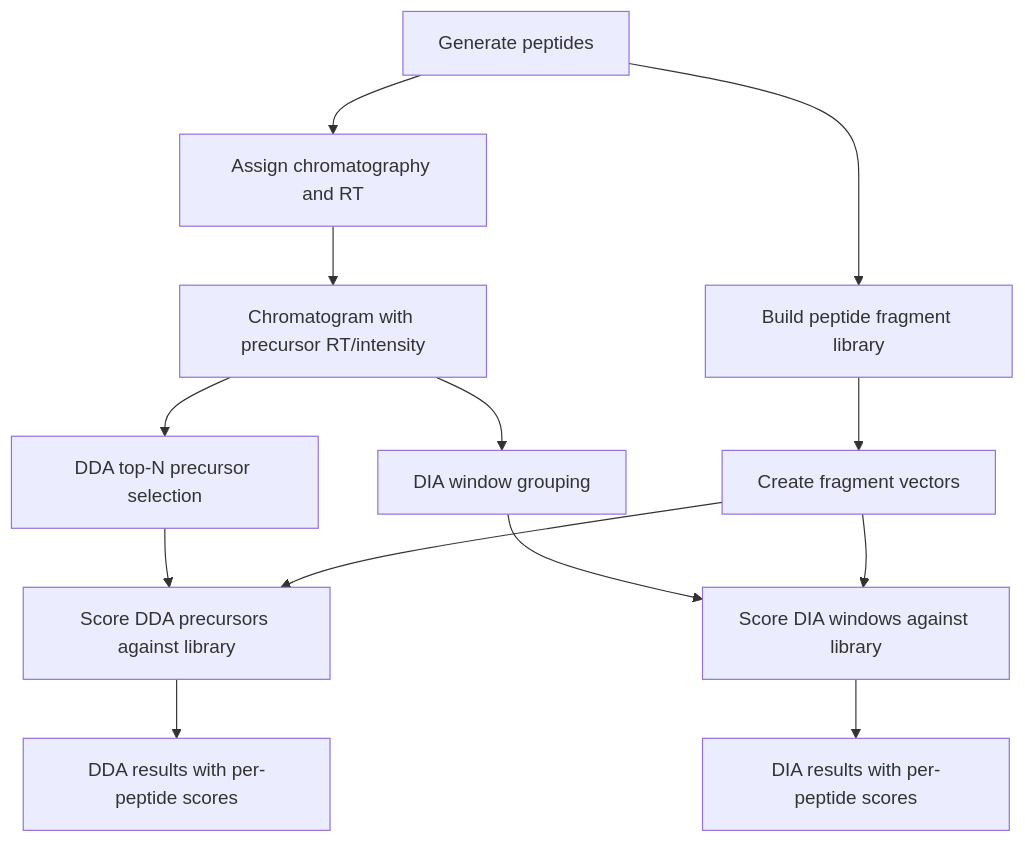
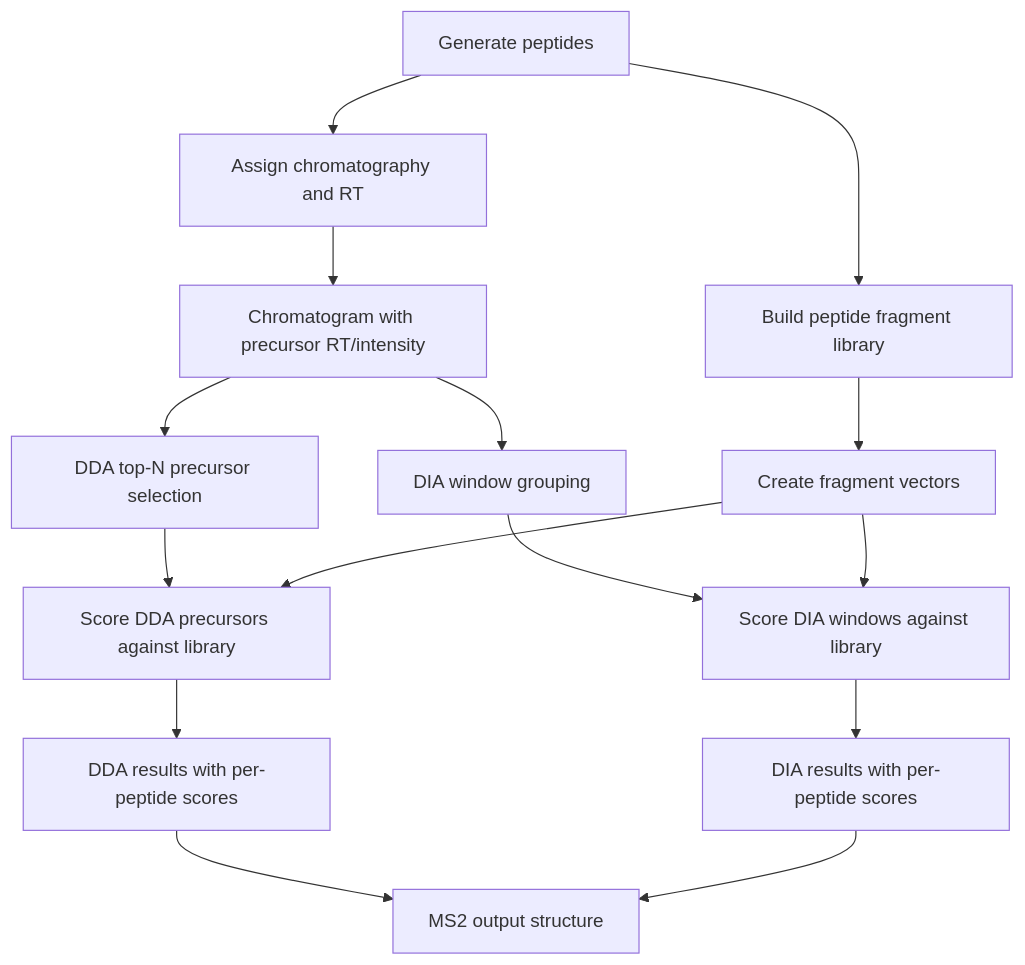
Before and after one commit to animesh/proteomics_sim: the diagram in README.md, drawn with Mermaid. The commit also changed other lines of this file and 10 other files, not shown here.

````diff
--- a/README.md
+++ b/README.md
@@ -8,15 +8,17 @@
 ```mermaid
 flowchart TD
     GeneratePeptides[Generate peptides] --> AssignChromatography[Assign chromatography and RT]
     GeneratePeptides --> BuildLibrary[Build peptide fragment library]
     AssignChromatography --> Chromatogram[Chromatogram with precursor RT/intensity]
     Chromatogram --> DDA[DDA top-N precursor selection]
     Chromatogram --> DIA[DIA window grouping]
     BuildLibrary --> LibraryVectors[Create fragment vectors]
     DDA --> DDA_Scoring[Score DDA precursors against library]
     DIA --> DIA_Scoring[Score DIA windows against library]
     LibraryVectors --> DDA_Scoring
     LibraryVectors --> DIA_Scoring
     DDA_Scoring --> DDA_Results[DDA results with per-peptide scores]
     DIA_Scoring --> DIA_Results[DIA results with per-peptide scores]
+    DDA_Results --> MS2[MS2 output structure]
+    DIA_Results --> MS2
 ```
````
